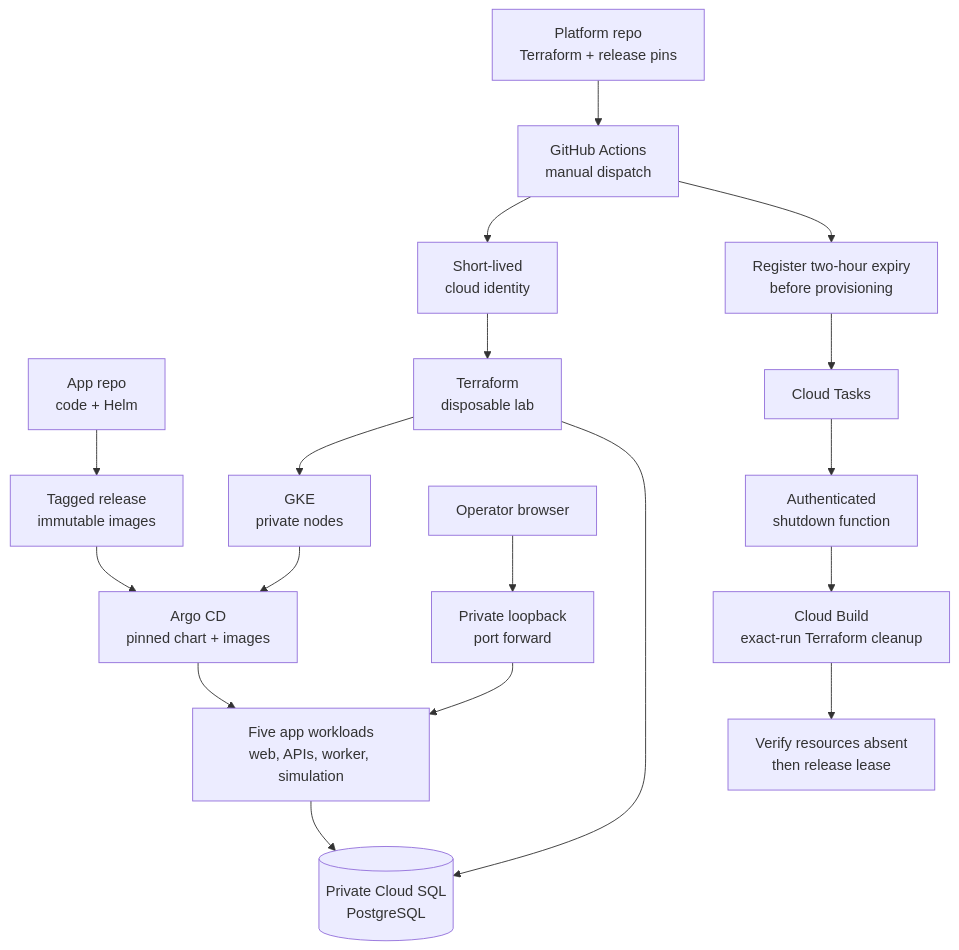
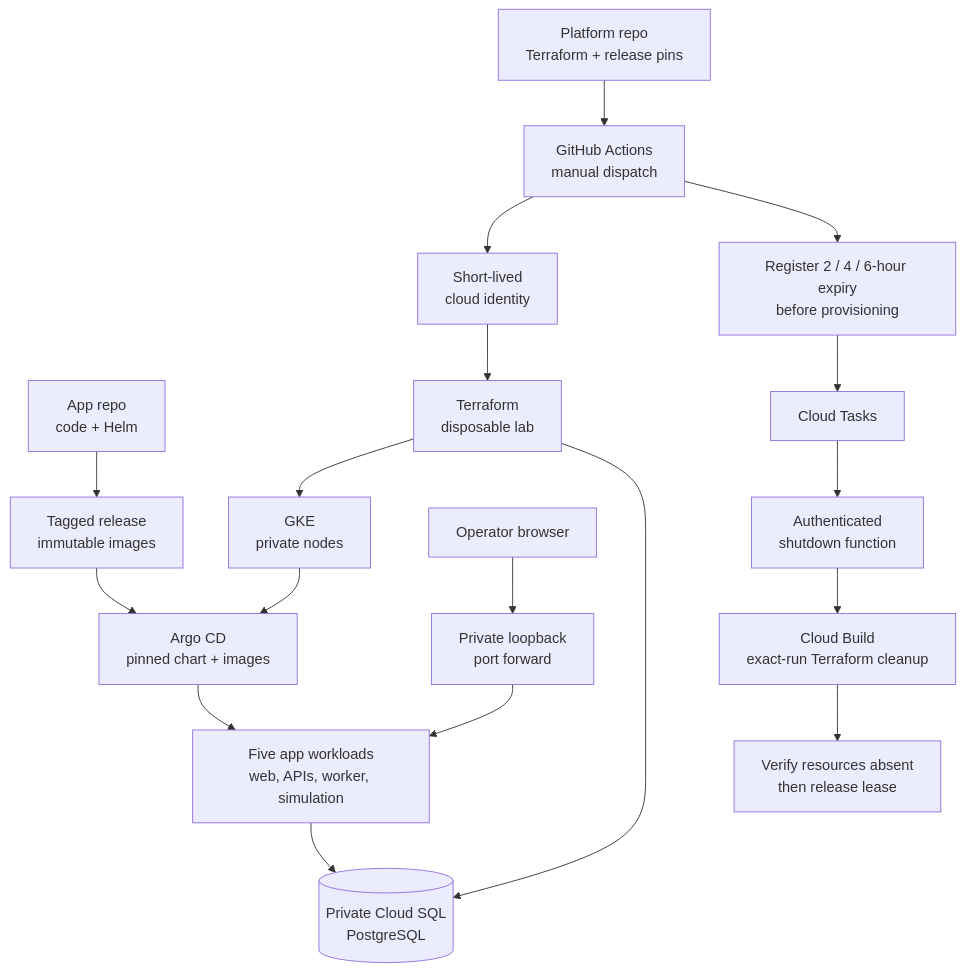
The diagram in README.md (ANISHG-26/ottawa-fleet-platform), drawn with Mermaid before and after one commit. The commit also changed other lines of this file and 10 other files, not shown here.

````diff
--- a/README.md
+++ b/README.md
@@ -21,20 +21,20 @@
 ```mermaid
 flowchart TB
     AppRepo["App repo<br/>code + Helm"] --> Release["Tagged release<br/>immutable images"]
     PlatformRepo["Platform repo<br/>Terraform + release pins"] --> Dispatch["GitHub Actions<br/>manual dispatch"]
     Dispatch --> Identity["Short-lived<br/>cloud identity"]
     Identity --> Terraform["Terraform<br/>disposable lab"]
     Terraform --> GKE["GKE<br/>private nodes"]
     Terraform --> SQL[("Private Cloud SQL<br/>PostgreSQL")]
     Release --> Argo["Argo CD<br/>pinned chart + images"]
     GKE --> Argo
     Argo --> Workloads["Five app workloads<br/>web, APIs, worker, simulation"]
     Workloads --> SQL
     Operator["Operator browser"] --> Forward["Private loopback<br/>port forward"]
     Forward --> Workloads
-    Dispatch --> Expiry["Register two-hour expiry<br/>before provisioning"]
+    Dispatch --> Expiry["Register 2 / 4 / 6-hour expiry<br/>before provisioning"]
     Expiry --> Task["Cloud Tasks"]
     Task --> Shutdown["Authenticated<br/>shutdown function"]
     Shutdown --> Cleanup["Cloud Build<br/>exact-run Terraform cleanup"]
     Cleanup --> Absent["Verify resources absent<br/>then release lease"]
 ```
````
